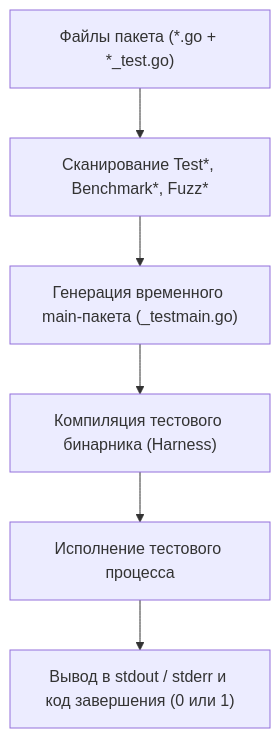
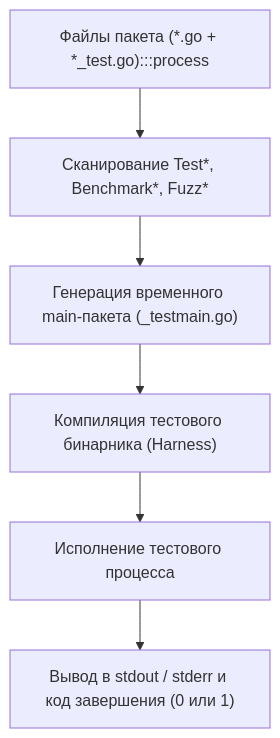
Before and after one commit to UnrealTemplier/go-textbook: the diagram in sources/8. Инфраструктура языка, Тулинг и CI_CD/6. go test. Запуск тестов и флаги.md, drawn with Mermaid. The commit also changed 1666 other files, not shown here.

First line of the commit message:
feat(mermaid): add semantic color classDef to 1369 colorless flowchart/graph diagrams

````diff
--- a/sources/8. Инфраструктура языка, Тулинг и CI_CD/6. go test. Запуск тестов и флаги.md
+++ b/sources/8. Инфраструктура языка, Тулинг и CI_CD/6. go test. Запуск тестов и флаги.md
@@ -11,8 +11,18 @@
 ```mermaid
 flowchart TD
-    A["Файлы пакета (*.go + *_test.go)"] --> B["Сканирование Test*, Benchmark*, Fuzz*"]
+    classDef process  fill:#1e293b,stroke:#38bdf8,stroke-width:1px,color:#f8fafc
+    classDef success  fill:#064e3b,stroke:#34d399,stroke-width:1px,color:#f8fafc
+    classDef error    fill:#7f1d1d,stroke:#f87171,stroke-width:1px,color:#f8fafc
+    classDef warning  fill:#78350f,stroke:#fbbf24,stroke-width:1px,color:#f8fafc
+    classDef entry    fill:#1e3a5f,stroke:#38bdf8,stroke-width:2px,color:#f8fafc
+    classDef aux      fill:#334155,stroke:#64748b,stroke-width:1px,color:#f8fafc
+    classDef system   fill:#312e81,stroke:#a78bfa,stroke-width:1px,color:#f8fafc
+    classDef data     fill:#132d29,stroke:#2dd4bf,stroke-width:1px,color:#f8fafc
+    classDef network  fill:#881337,stroke:#fb7185,stroke-width:1px,color:#f8fafc
+    classDef accent   fill:#1e1b4b,stroke:#818cf8,stroke-width:1px,color:#f8fafc
+    A["Файлы пакета (*.go + *_test.go):::process"] --> B["Сканирование Test*, Benchmark*, Fuzz*"]
     B --> C["Генерация временного main-пакета (_testmain.go)"]
     C --> D["Компиляция тестового бинарника (Harness)"]
     D --> E["Исполнение тестового процесса"]
     E --> F["Вывод в stdout / stderr и код завершения (0 или 1)"]
 ```
````
